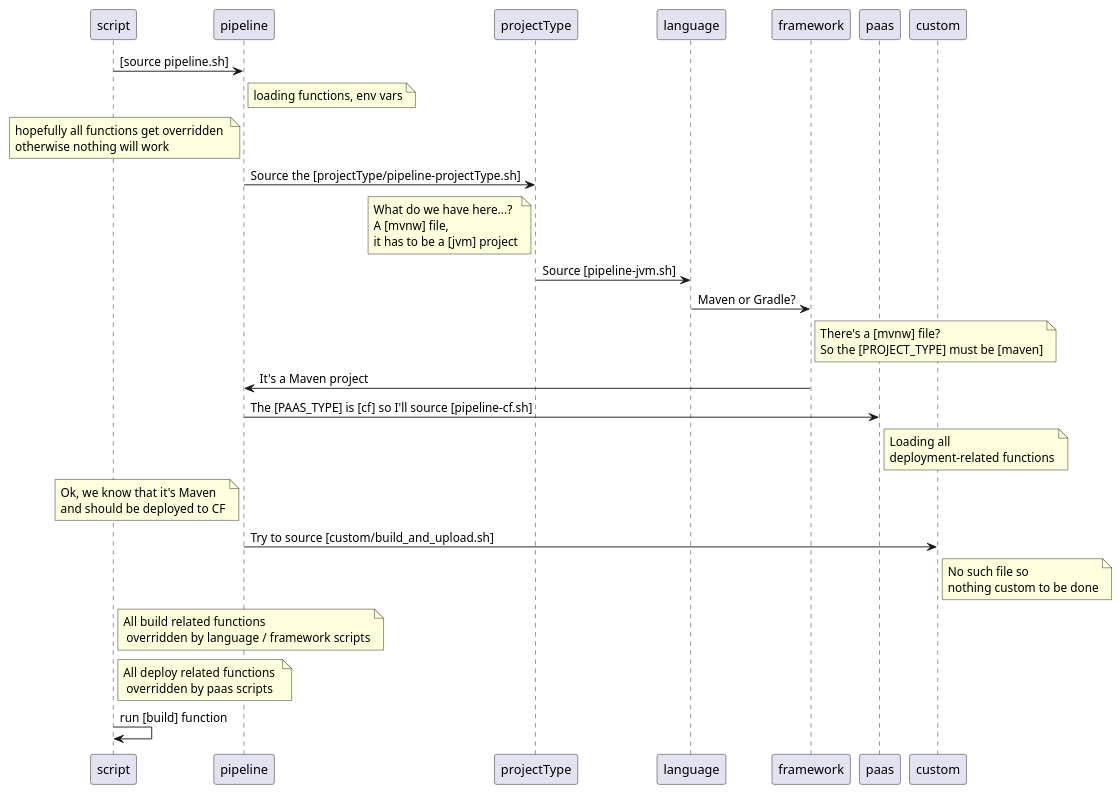
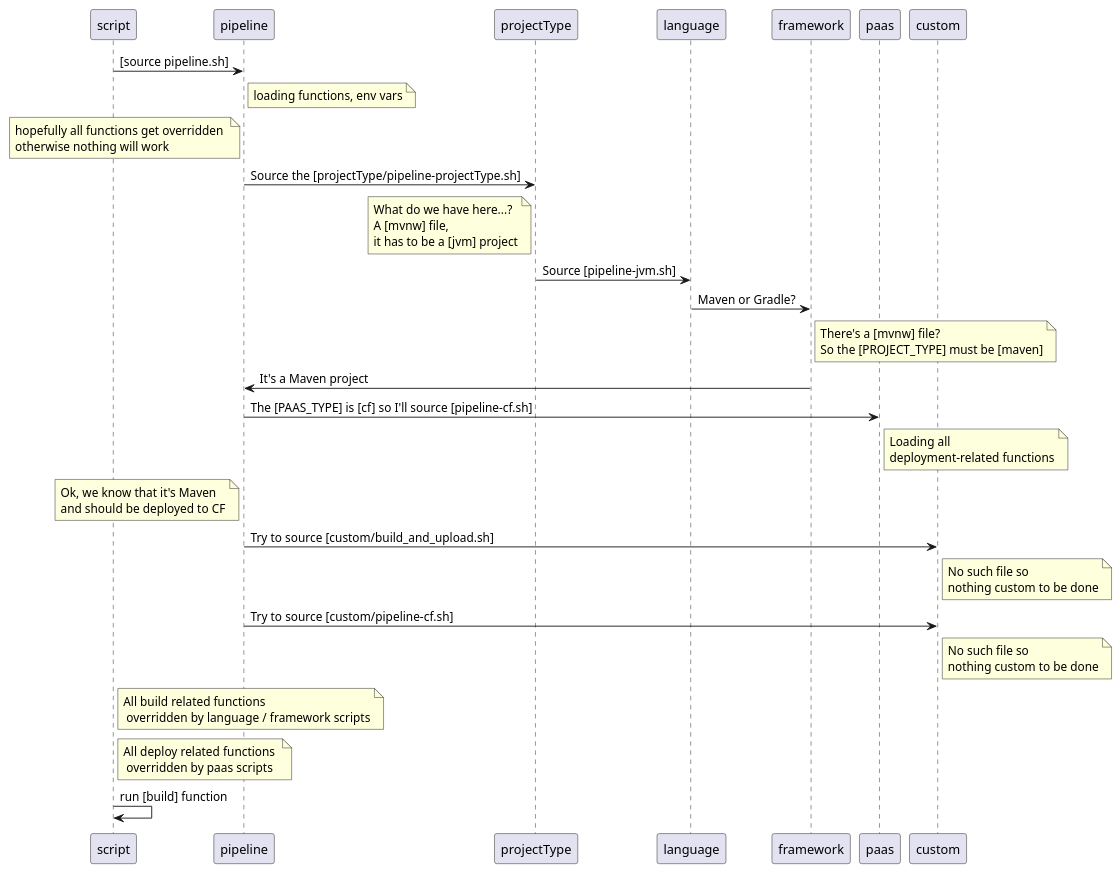
The first of 2 diagrams in docs-sources/src/main/asciidoc/INTRO.adoc (spring-attic/cloudpipelines-scripts), drawn with PlantUML before and after one commit. The commit also changed other lines of this file and 12 other files, not shown here.

```diff
--- a/docs-sources/src/main/asciidoc/INTRO.adoc
+++ b/docs-sources/src/main/asciidoc/INTRO.adoc
@@ -350,20 +350,22 @@
 [plantuml, build-and-deployment, png]
 ----
 script->pipeline: [source pipeline.sh]
 note right of pipeline: loading functions, env vars
 note left of pipeline: hopefully all functions get overridden \notherwise nothing will work
 pipeline->projectType: Source the [projectType/pipeline-projectType.sh]
 note left of projectType: What do we have here...? \nA [mvnw] file, \nit has to be a [jvm] project
 projectType->language: Source [pipeline-jvm.sh]
 language->framework: Maven or Gradle?
 note right of framework: There's a [mvnw] file? \nSo the [PROJECT_TYPE] must be [maven]
 framework->pipeline: It's a Maven project
 pipeline->paas: The [PAAS_TYPE] is [cf] so I'll source [pipeline-cf.sh]
 note right of paas: Loading all \ndeployment-related functions
 note left of pipeline: Ok, we know that it's Maven \nand should be deployed to CF
 pipeline->custom: Try to source [custom/build_and_upload.sh]
 note right of custom: No such file so \nnothing custom to be done
+pipeline->custom: Try to source [custom/pipeline-cf.sh]
+note right of custom: No such file so \nnothing custom to be done
 note right of script: All build related functions \n overridden by language / framework scripts
 note right of script: All deploy related functions \n overridden by paas scripts
 script->script: run [build] function
 ----
```
